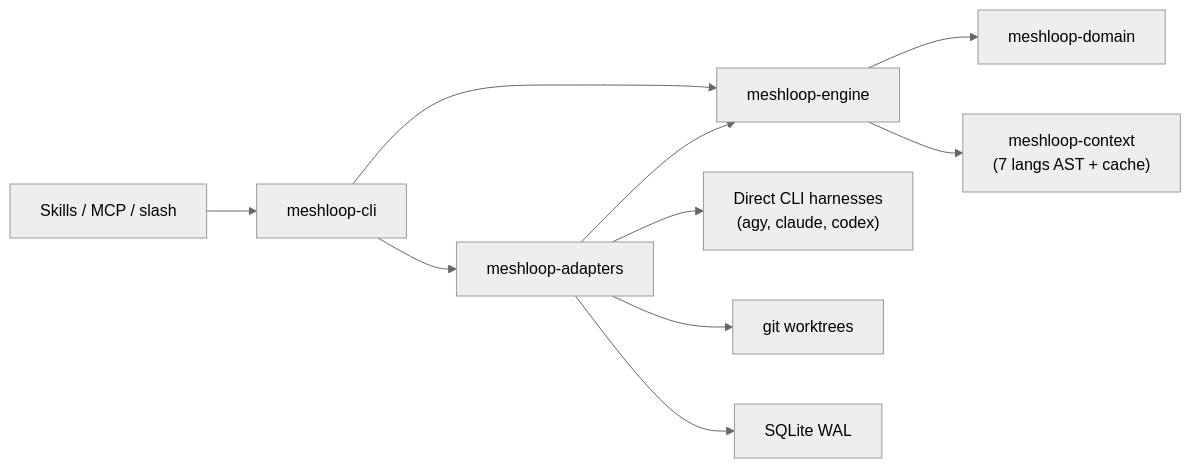
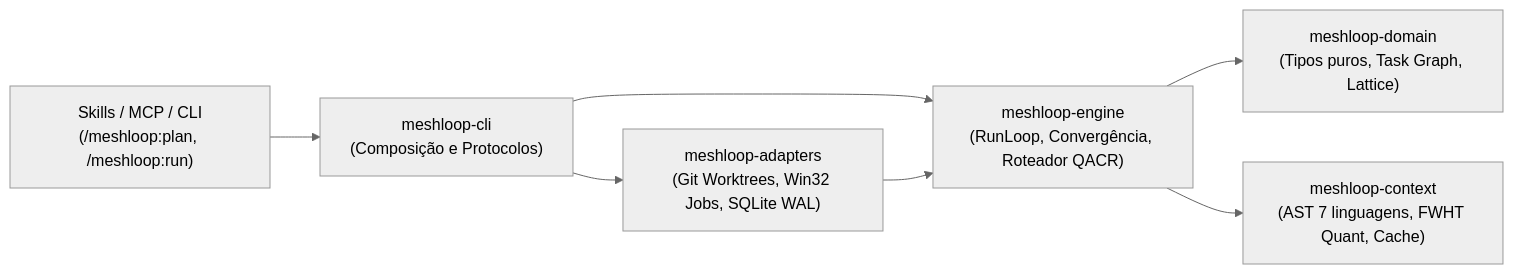
Before and after one commit to smota/meshloop: the second of 3 diagrams in docs/architecture/overview.md, drawn with Mermaid (neutral theme). The commit also changed other lines of this file and 11 other files, not shown here.

First line of the commit message:
docs: modernize architecture and product vision for closed-loop agent environment

````diff
--- a/docs/architecture/overview.md
+++ b/docs/architecture/overview.md
@@ -23,12 +49,9 @@
 ```mermaid
 flowchart LR
-  Skills["Skills / MCP / slash"] --> CLI["meshloop-cli"]
-  CLI --> Engine["meshloop-engine"]
-  Engine --> Domain["meshloop-domain"]
-  Engine --> Context["meshloop-context\n(7 langs AST + cache)"]
-  CLI --> Adapters["meshloop-adapters"]
+  Skills["Skills / MCP / CLI\n(/meshloop:plan, /meshloop:run)"] --> CLI["meshloop-cli\n(Composição e Protocolos)"]
+  CLI --> Engine["meshloop-engine\n(RunLoop, Convergência, Roteador QACR)"]
+  Engine --> Domain["meshloop-domain\n(Tipos puros, Task Graph, Lattice)"]
+  Engine --> Context["meshloop-context\n(AST 7 linguagens, FWHT Quant, Cache)"]
+  CLI --> Adapters["meshloop-adapters\n(Git Worktrees, Win32 Jobs, SQLite WAL)"]
   Adapters --> Engine
-  Adapters --> Harness["Direct CLI harnesses\n(agy, claude, codex)"]
-  Adapters --> Git["git worktrees"]
-  Adapters --> SQLite["SQLite WAL"]
 ```
````
